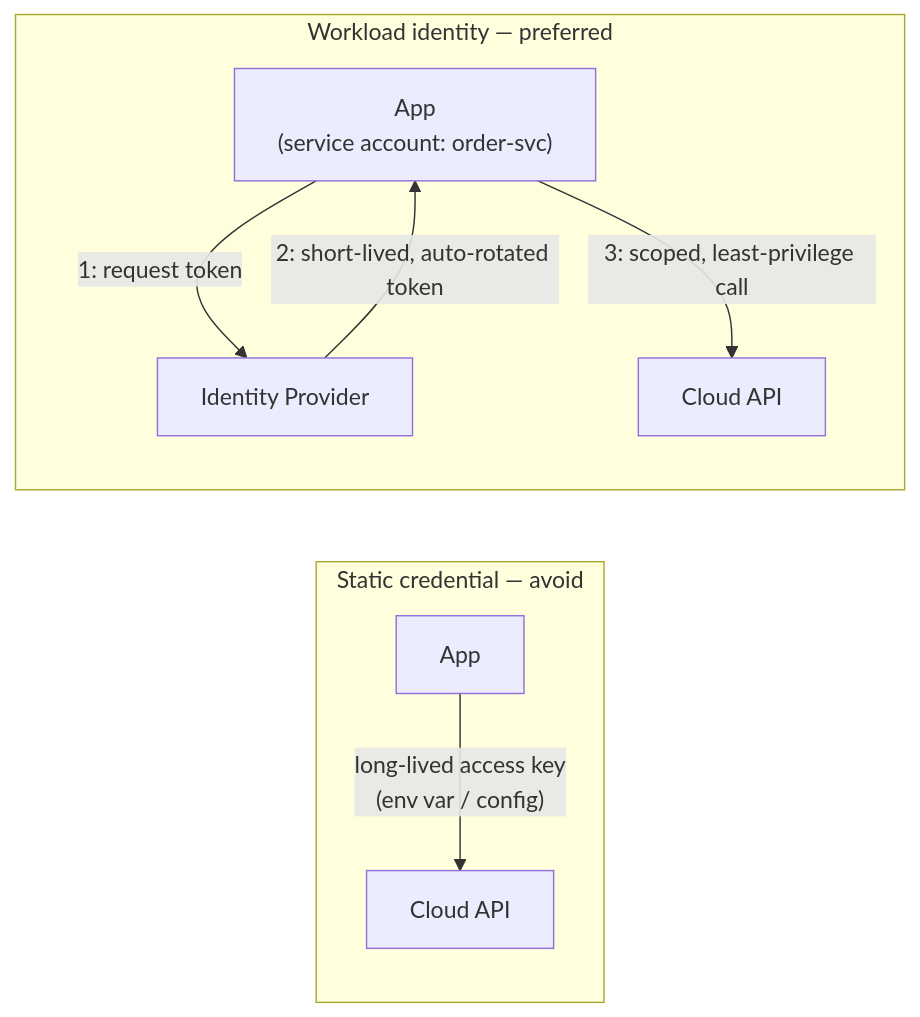
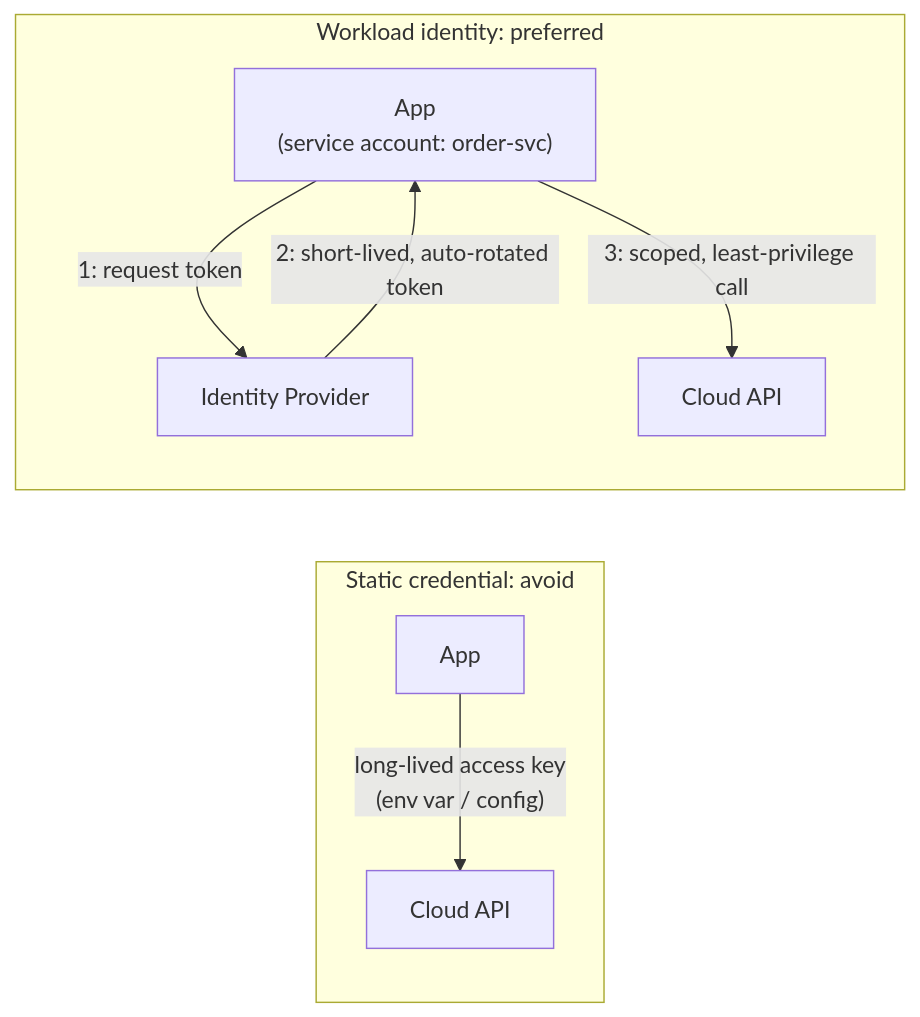
Before and after one commit to josuebrunel/josuebrunel.github.io: the seventh of 8 diagrams in content/interview/interview-prep-security-cloud.md, drawn with Mermaid. The commit also changed other lines of this file and 6 other files, not shown here.

````diff
--- a/content/interview/interview-prep-security-cloud.md
+++ b/content/interview/interview-prep-security-cloud.md
@@ -156,11 +399,11 @@
 ```mermaid
 graph LR
-    subgraph "Static credential — avoid"
+    subgraph "Static credential: avoid"
     App1[App] -->|"long-lived access key<br/>(env var / config)"| Cloud1[Cloud API]
     end
-    subgraph "Workload identity — preferred"
+    subgraph "Workload identity: preferred"
     App2["App<br/>(service account: order-svc)"] -->|"1: request token"| Provider[Identity Provider]
     Provider -->|"2: short-lived, auto-rotated token"| App2
     App2 -->|"3: scoped, least-privilege call"| Cloud2[Cloud API]
     end
 ```
````
